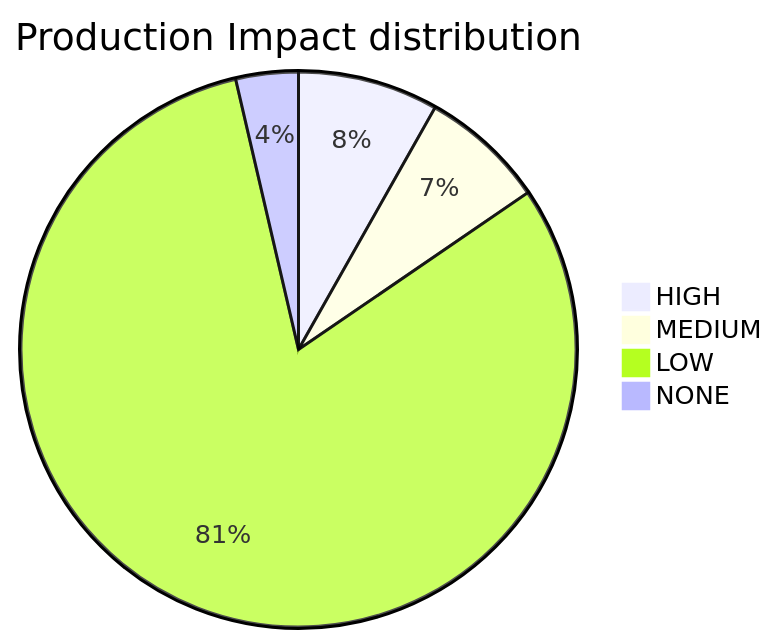
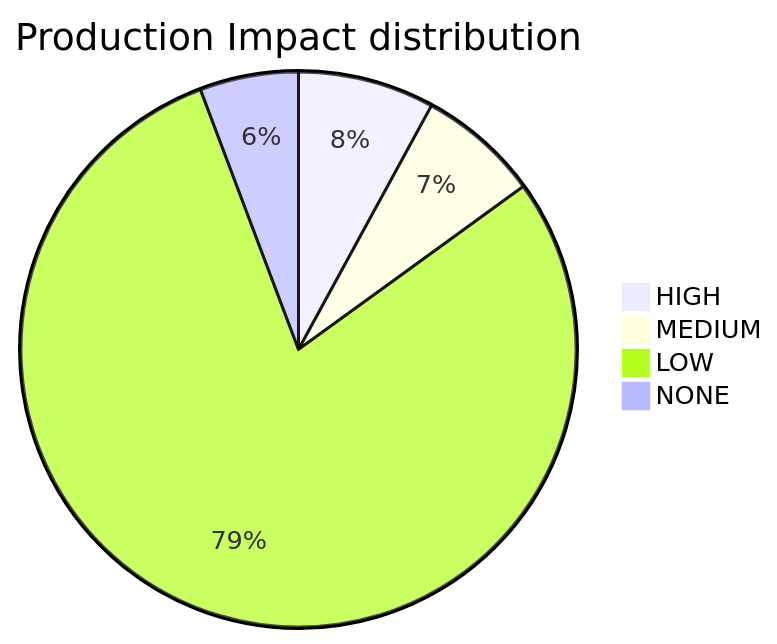
Before and after one commit to mikeybeezy/goldenpath-idp-infra: the second of 2 diagrams in PLATFORM_HEALTH.md, drawn with Mermaid. The commit also changed other lines of this file and 3 other files, not shown here.

````diff
--- a/PLATFORM_HEALTH.md
+++ b/PLATFORM_HEALTH.md
@@ -55,7 +58,7 @@
 ```mermaid
 pie title Production Impact distribution
     "HIGH" : 36
     "MEDIUM" : 32
-    "LOW" : 356
-    "NONE" : 16
+    "LOW" : 359
+    "NONE" : 26
 ```
````
